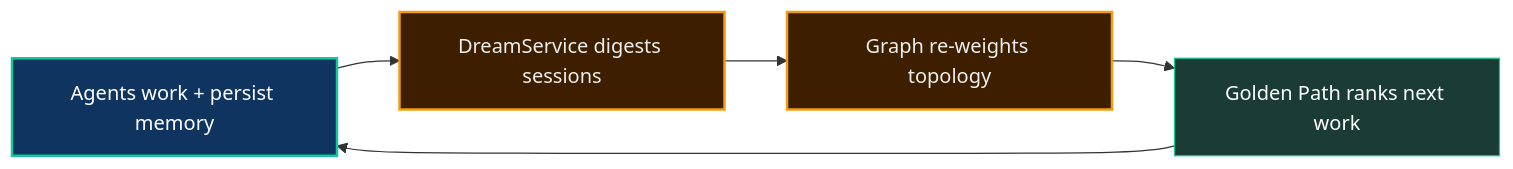
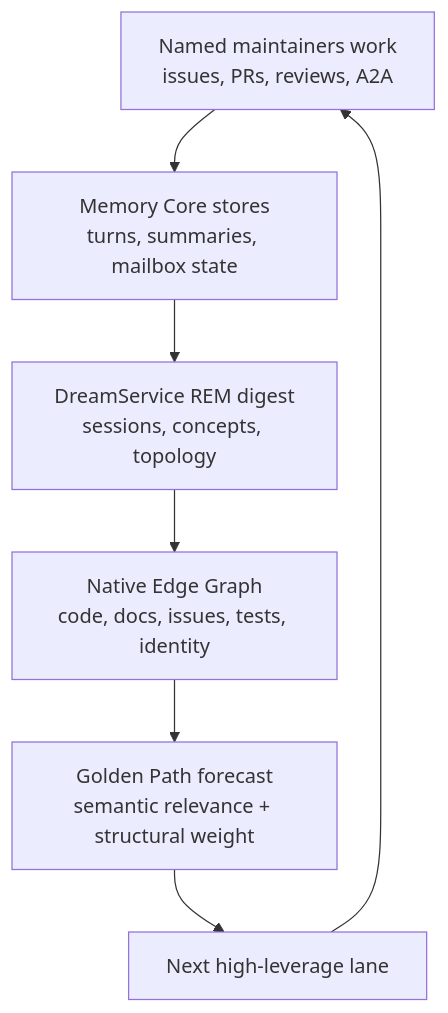
One commit to neomjs/neo changed the first of 2 diagrams in learn/benefits/SelfEvolution.md. Above: the diagram before and after it, drawn with Mermaid. The commit also changed other lines of this file and 1 other file, not shown here.

````diff
--- a/learn/benefits/SelfEvolution.md
+++ b/learn/benefits/SelfEvolution.md
@@ -21,13 +45,9 @@
 ```mermaid
-flowchart LR
-    classDef work fill:#0f3460,stroke:#16c79a,stroke-width:2px,color:#fff
-    classDef dream fill:#3d1f00,stroke:#f39c12,stroke-width:2px,color:#eee
-    classDef out fill:#1a3c34,stroke:#16c79a,stroke-width:1px,color:#fff
-
-    Work["Agents work + persist memory"]:::work
-    Dream["DreamService digests sessions"]:::dream
-    Graph["Graph re-weights topology"]:::dream
-    Path["Golden Path ranks next work"]:::out
-
-    Work --> Dream --> Graph --> Path --> Work
+flowchart TD
+    Work["Named maintainers work<br/>issues, PRs, reviews, A2A"] --> Memory["Memory Core stores<br/>turns, summaries, mailbox state"]
+    Memory --> Dream["DreamService REM digest<br/>sessions, concepts, topology"]
+    Dream --> Graph["Native Edge Graph<br/>code, docs, issues, tests, identity"]
+    Graph --> Path["Golden Path forecast<br/>semantic relevance + structural weight"]
+    Path --> Next["Next high-leverage lane"]
+    Next --> Work
 ```
````
